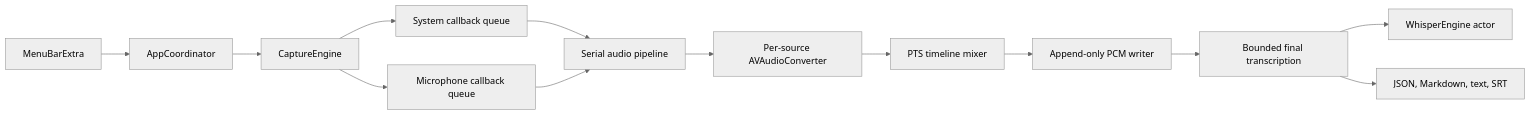
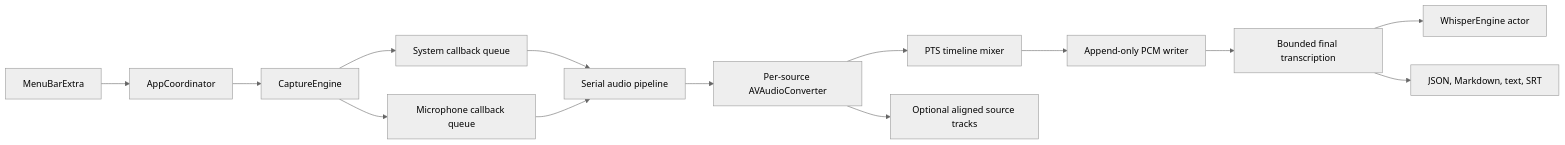
Before and after one commit to stianfro/hae: the diagram in docs/ARCHITECTURE.md, drawn with Mermaid (neutral theme). The commit also changed other lines of this file and 33 other files, not shown here.

````diff
--- a/docs/ARCHITECTURE.md
+++ b/docs/ARCHITECTURE.md
@@ -5,15 +5,16 @@
 ```mermaid
 flowchart LR
     UI["MenuBarExtra"] --> Coordinator["AppCoordinator"]
     Coordinator --> Capture["CaptureEngine"]
     Capture --> System["System callback queue"]
     Capture --> Microphone["Microphone callback queue"]
     System --> Pipeline["Serial audio pipeline"]
     Microphone --> Pipeline
     Pipeline --> Converter["Per-source AVAudioConverter"]
     Converter --> Mixer["PTS timeline mixer"]
+    Converter --> SourceTracks["Optional aligned source tracks"]
     Mixer --> PCM["Append-only PCM writer"]
     PCM --> Final["Bounded final transcription"]
     Final --> Whisper["WhisperEngine actor"]
     Final --> Exports["JSON, Markdown, text, SRT"]
 ```
````
